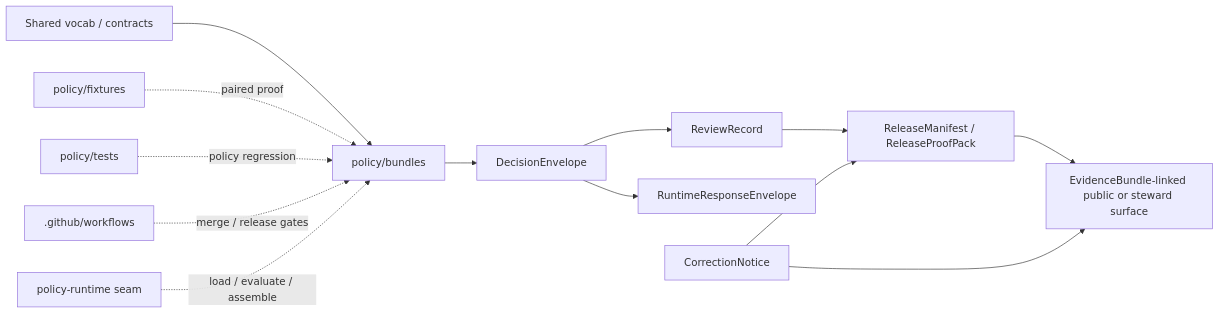
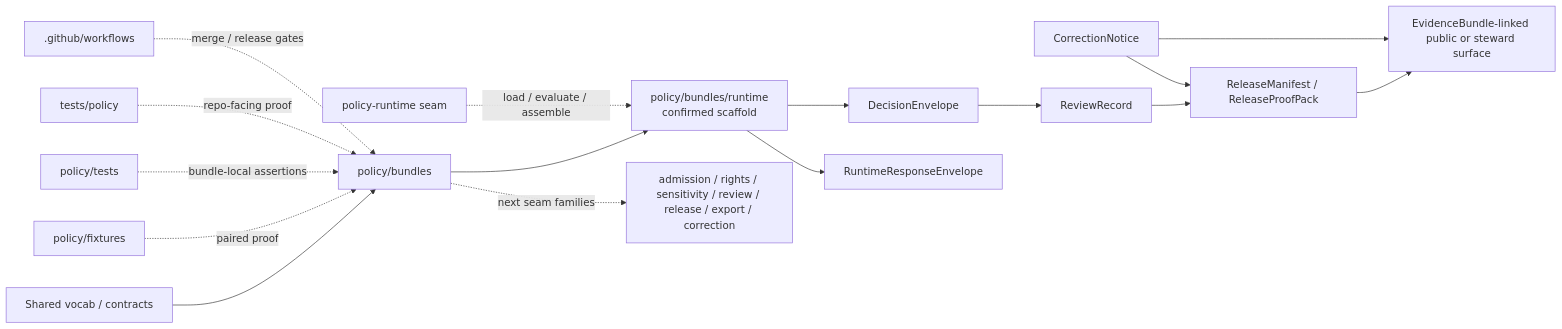
Before and after one commit to bartytime4life/Kansas-Frontier-Matrix: the diagram in policy/bundles/README.md, drawn with Mermaid. The commit also changed other lines of this file, not shown here.

````diff
--- a/policy/bundles/README.md
+++ b/policy/bundles/README.md
@@ -290,16 +336,20 @@
 ```mermaid
 flowchart LR
     V[Shared vocab / contracts] --> B[policy/bundles]
-    B --> D[DecisionEnvelope]
+    B --> RT[policy/bundles/runtime<br/>confirmed scaffold]
+    B -. next seam families .-> NX[admission / rights / sensitivity / review / release / export / correction]
+
+    RT --> D[DecisionEnvelope]
+    RT --> RR[RuntimeResponseEnvelope]
     D --> R[ReviewRecord]
-    D --> RR[RuntimeResponseEnvelope]
     R --> M[ReleaseManifest / ReleaseProofPack]
     M --> E[EvidenceBundle-linked public or steward surface]
     C[CorrectionNotice] --> M
     C --> E
 
     F[policy/fixtures] -. paired proof .-> B
-    T[policy/tests] -. policy regression .-> B
+    T[policy/tests] -. bundle-local assertions .-> B
+    TP[tests/policy] -. repo-facing proof .-> B
     W[.github/workflows] -. merge / release gates .-> B
-    PR[policy-runtime seam] -. load / evaluate / assemble .-> B
+    PR[policy-runtime seam] -. load / evaluate / assemble .-> RT
 ```
````
